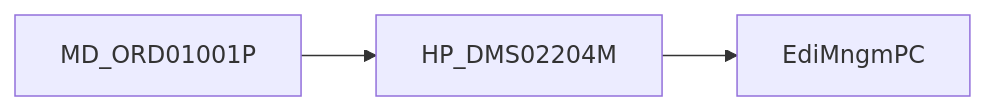
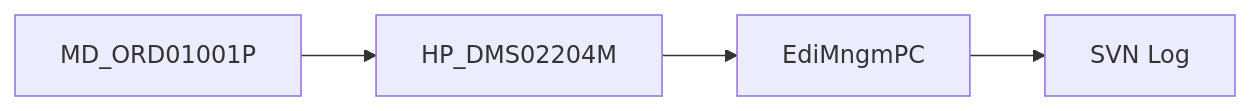
One commit to forsylph/nph changed the diagram in 03.analysis_results/037.runtime-trace/A.트레이스-읽는순서.md. Above: the diagram before and after it, drawn with Mermaid. The commit also changed other lines of this file and 7 other files, not shown here.

````diff
--- a/03.analysis_results/037.runtime-trace/A.트레이스-읽는순서.md
+++ b/03.analysis_results/037.runtime-trace/A.트레이스-읽는순서.md
@@ -11,5 +11,6 @@
 ```mermaid
 flowchart LR
     A[MD_ORD01001P] --> B[HP_DMS02204M]
     B --> C[EdiMngmPC]
+    C --> D[SVN Log]
 ```
````
